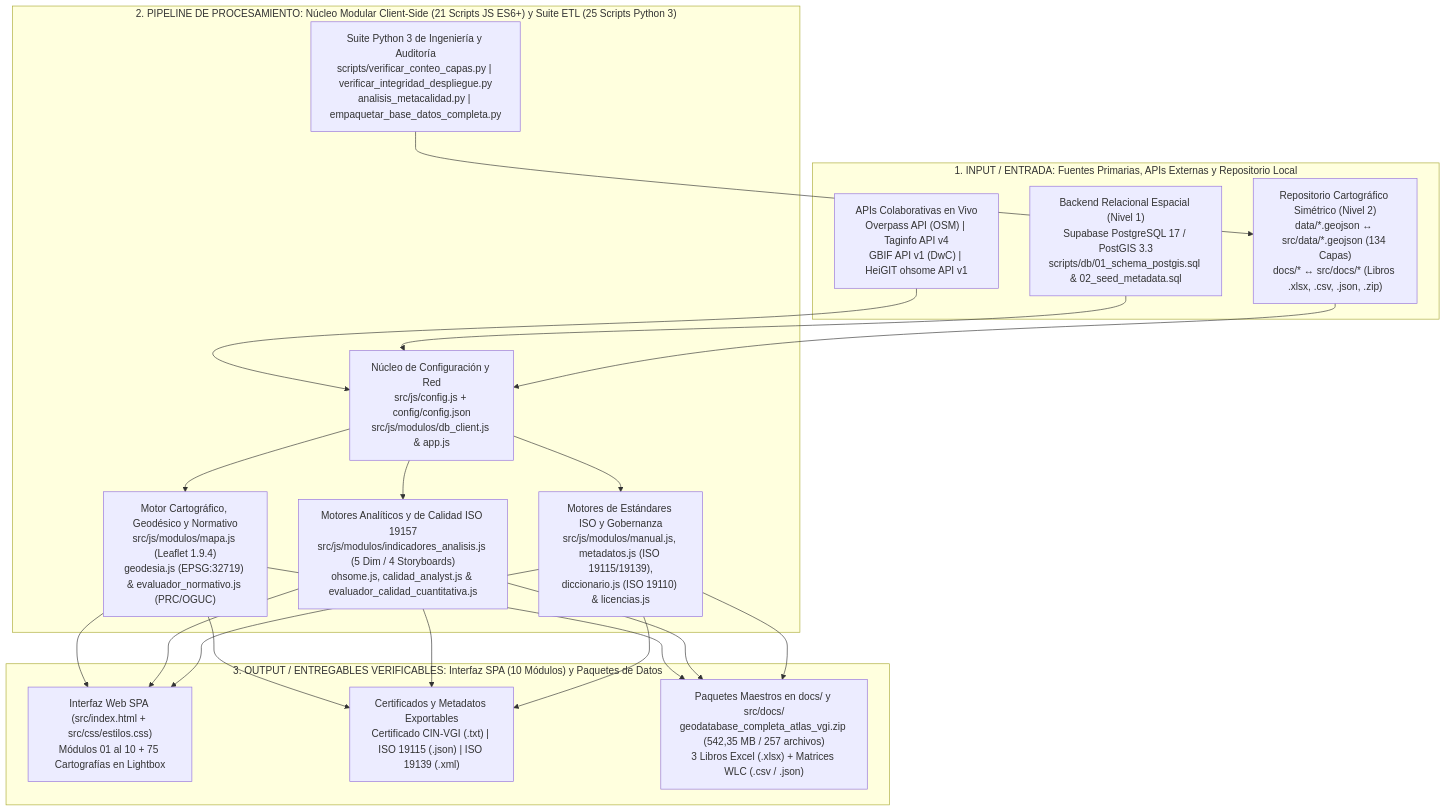
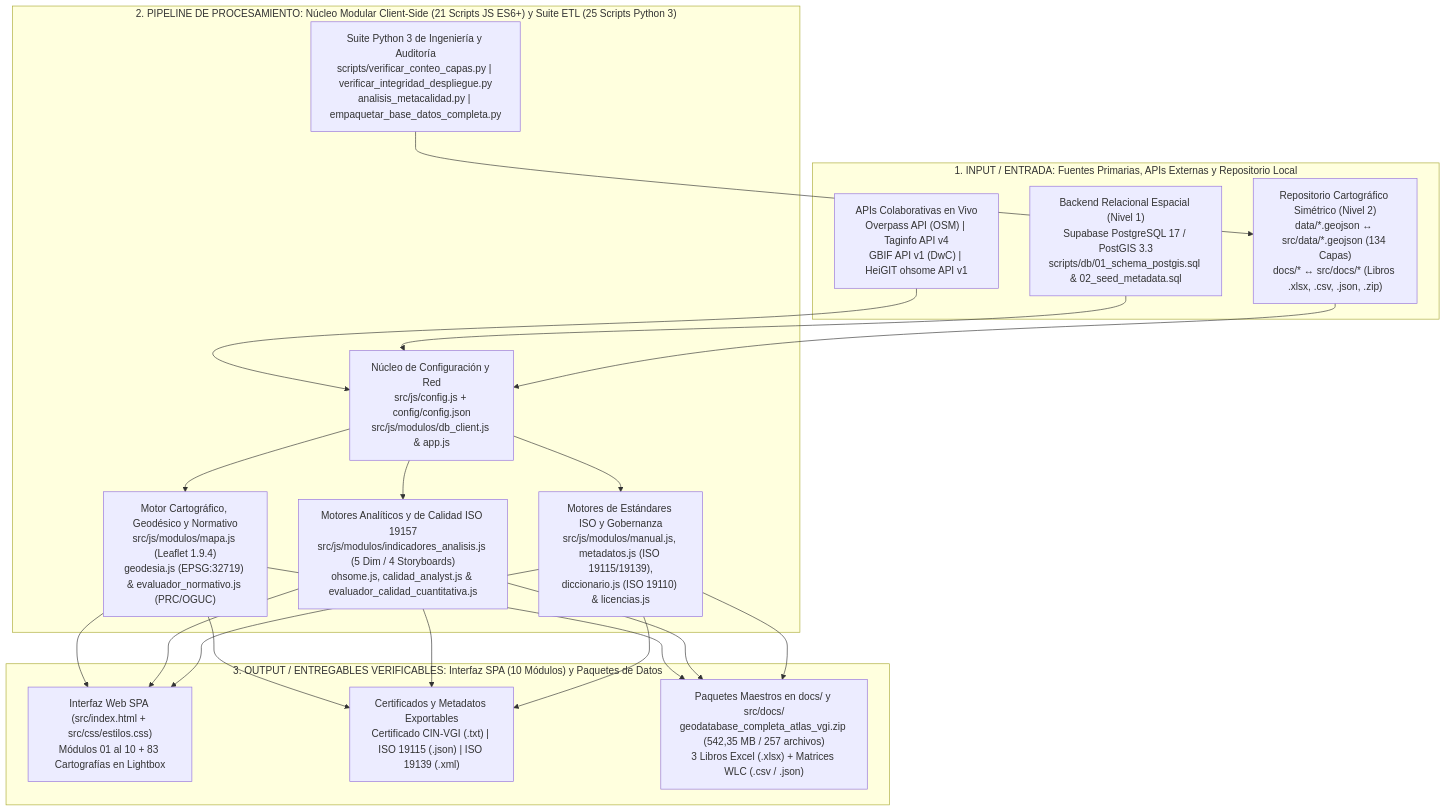
The first of 4 diagrams in docs/ARQUITECTURA.md (GEOJOTA/atlas-vgi-barrio-brasil), drawn with Mermaid before and after one commit. The commit also changed other lines of this file and 23 other files, not shown here.

````diff
--- a/docs/ARQUITECTURA.md
+++ b/docs/ARQUITECTURA.md
@@ -25,27 +25,27 @@
 ```mermaid
 flowchart TB
     subgraph CAPA1["1. INPUT / ENTRADA: Fuentes Primarias, APIs Externas y Repositorio Local"]
         F1["APIs Colaborativas en Vivo<br/>Overpass API (OSM) | Taginfo API v4<br/>GBIF API v1 (DwC) | HeiGIT ohsome API v1"]
         F2["Backend Relacional Espacial (Nivel 1)<br/>Supabase PostgreSQL 17 / PostGIS 3.3<br/>scripts/db/01_schema_postgis.sql & 02_seed_metadata.sql"]
         F3["Repositorio Cartográfico Simétrico (Nivel 2)<br/>data/*.geojson ↔ src/data/*.geojson (134 Capas)<br/>docs/* ↔ src/docs/* (Libros .xlsx, .csv, .json, .zip)"]
     end
 
     subgraph CAPA2["2. PIPELINE DE PROCESAMIENTO: Núcleo Modular Client-Side (21 Scripts JS ES6+) y Suite ETL (25 Scripts Python 3)"]
         N1["Núcleo de Configuración y Red<br/>src/js/config.js + config/config.json<br/>src/js/modulos/db_client.js & app.js"]
         N2["Motor Cartográfico, Geodésico y Normativo<br/>src/js/modulos/mapa.js (Leaflet 1.9.4)<br/>geodesia.js (EPSG:32719) & evaluador_normativo.js (PRC/OGUC)"]
         N3["Motores Analíticos y de Calidad ISO 19157<br/>src/js/modulos/indicadores_analisis.js (5 Dim / 4 Storyboards)<br/>ohsome.js, calidad_analyst.js & evaluador_calidad_cuantitativa.js"]
         N4["Motores de Estándares ISO y Gobernanza<br/>src/js/modulos/manual.js, metadatos.js (ISO 19115/19139),<br/>diccionario.js (ISO 19110) & licencias.js"]
         N5["Suite Python 3 de Ingeniería y Auditoría<br/>scripts/verificar_conteo_capas.py | verificar_integridad_despliegue.py<br/>analisis_metacalidad.py | empaquetar_base_datos_completa.py"]
     end
 
     subgraph CAPA3["3. OUTPUT / ENTREGABLES VERIFICABLES: Interfaz SPA (10 Módulos) y Paquetes de Datos"]
-        S1["Interfaz Web SPA (src/index.html + src/css/estilos.css)<br/>Módulos 01 al 10 + 75 Cartografías en Lightbox"]
+        S1["Interfaz Web SPA (src/index.html + src/css/estilos.css)<br/>Módulos 01 al 10 + 83 Cartografías en Lightbox"]
         S2["Certificados y Metadatos Exportables<br/>Certificado CIN-VGI (.txt) | ISO 19115 (.json) | ISO 19139 (.xml)"]
         S3["Paquetes Maestros en docs/ y src/docs/<br/>geodatabase_completa_atlas_vgi.zip (542,35 MB / 257 archivos)<br/>3 Libros Excel (.xlsx) + Matrices WLC (.csv / .json)"]
     end
 
     F1 & F2 & F3 --> N1
     N5 --> F3
     N1 --> N2 & N3 & N4
     N2 & N3 & N4 --> S1 & S2 & S3
 ```
````
